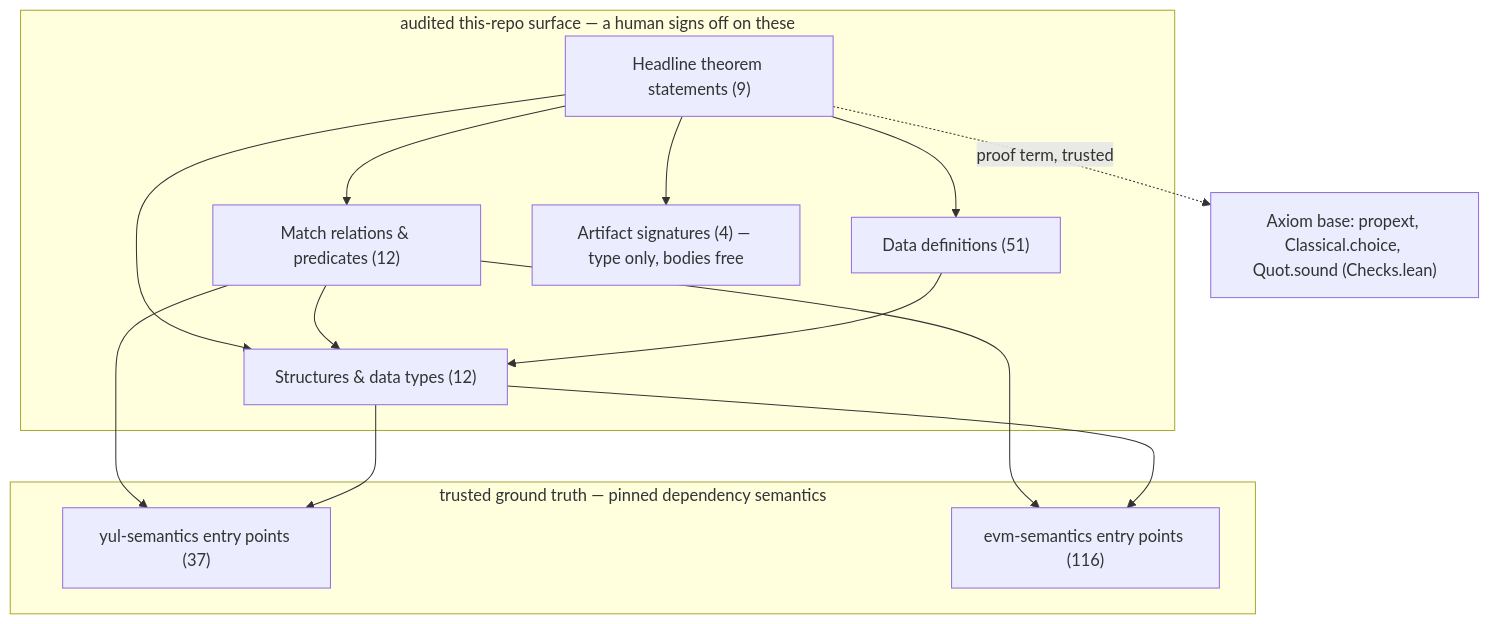
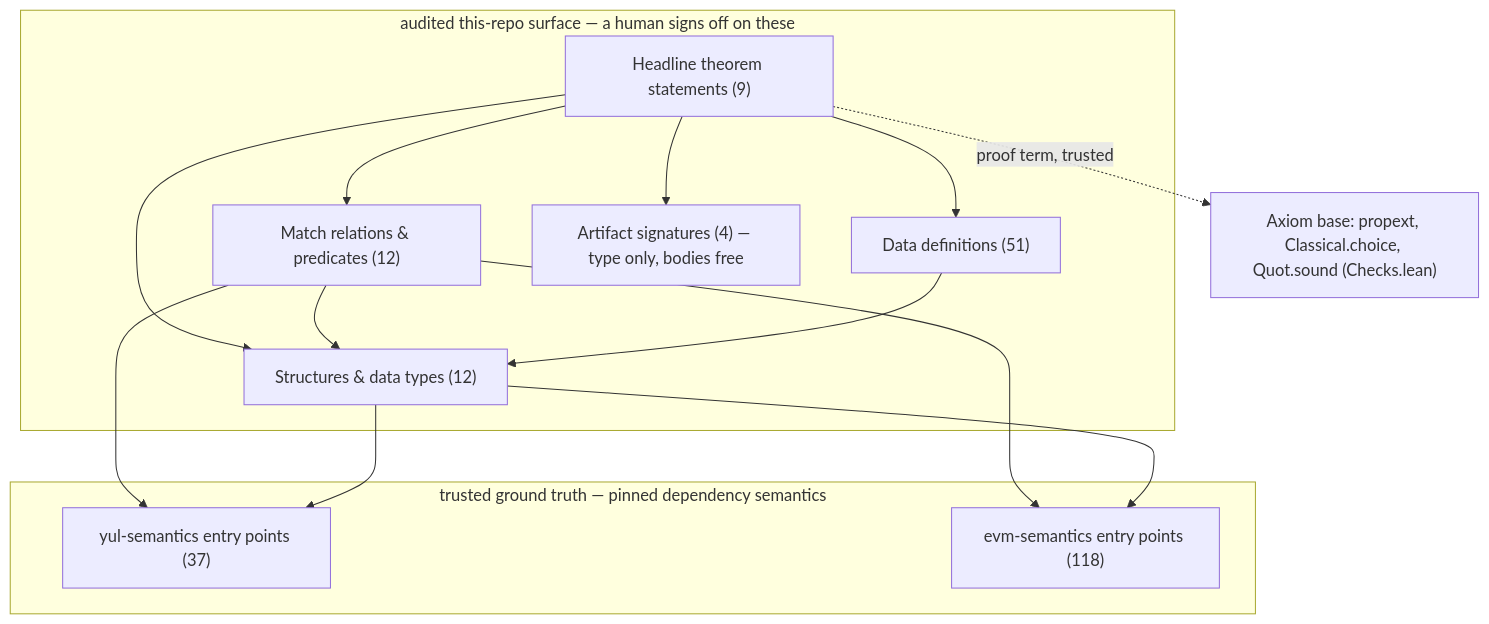
One commit to powdr-labs/yul-compiler changed the diagram in SPEC.md. Above: the diagram before and after it, drawn with Mermaid. The commit also changed other lines of this file and 1 other file, not shown here.

````diff
--- a/SPEC.md
+++ b/SPEC.md
@@ -23,20 +23,20 @@
 ```mermaid
 flowchart TD
   subgraph audited ["audited this-repo surface — a human signs off on these"]
     S["Headline theorem statements (9)"]
     R["Match relations & predicates (12)"]
     T["Structures & data types (12)"]
     D["Data definitions (51)"]
     A["Artifact signatures (4) — type only, bodies free"]
   end
   subgraph external ["trusted ground truth — pinned dependency semantics"]
     YUL["yul-semantics entry points (37)"]
-    EVM["evm-semantics entry points (116)"]
+    EVM["evm-semantics entry points (118)"]
   end
   AX["Axiom base: propext, Classical.choice, Quot.sound (Checks.lean)"]
   S --> R & T & D & A
   R --> T & YUL & EVM
   D --> T
   T --> YUL & EVM
   S -.->|proof term, trusted| AX
 ```
````
